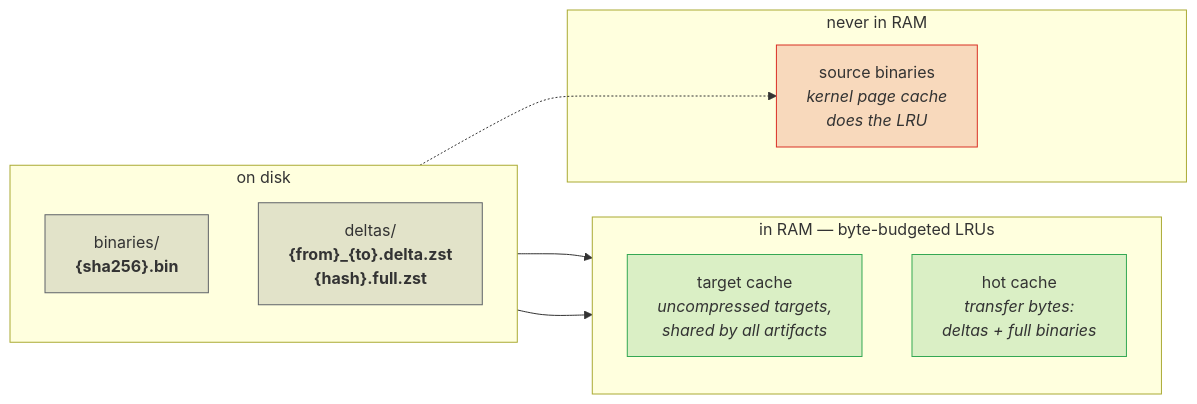
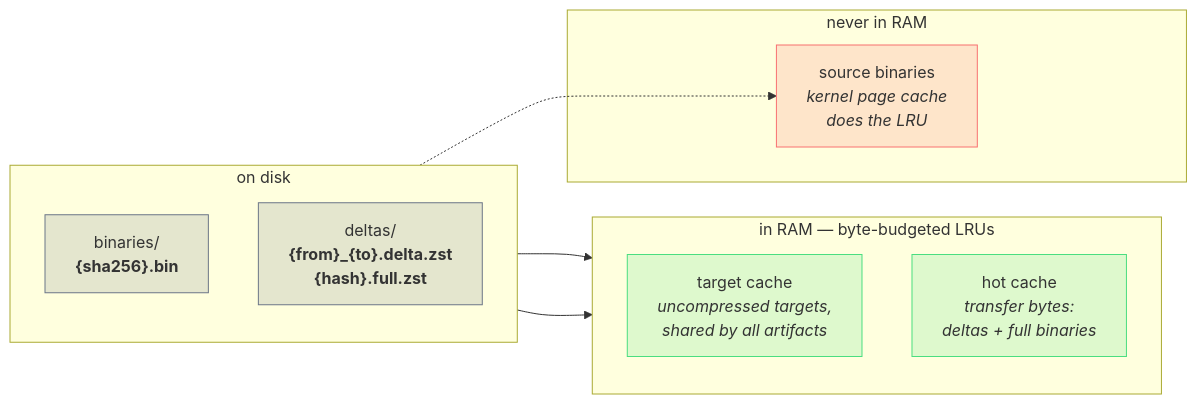
Before and after one commit to carlosprados/ota-updater: the second of 5 diagrams in site/content/architecture/_index.md, drawn with Mermaid. The commit also changed other lines of this file and 17 other files, not shown here.

````diff
--- a/site/content/architecture/_index.md
+++ b/site/content/architecture/_index.md
@@ -52,29 +53,29 @@
 ```mermaid
 flowchart LR
     subgraph DISK["on disk"]
         direction TB
         B1["binaries/<br/><b>{sha256}.bin</b>"]
         D1["deltas/<br/><b>{from}_{to}.delta.zst</b><br/><b>{hash}.full.zst</b>"]
     end
 
     subgraph RAM["in RAM — byte-budgeted LRUs"]
         direction TB
         TC["target cache<br/><i>uncompressed targets,<br/>shared by all artifacts</i>"]
         HC["hot cache<br/><i>transfer bytes:<br/>deltas + full binaries</i>"]
     end
 
     subgraph NEVER["never in RAM"]
         SRC["source binaries<br/><i>kernel page cache<br/>does the LRU</i>"]
     end
 
     B1 --> TC
     D1 --> HC
     B1 -.-> SRC
 
-    classDef disk fill:#5f63682e,stroke:#5f6368
-    classDef ram fill:#34a8532e,stroke:#34a853
-    classDef never fill:#d930252e,stroke:#d93025
+    classDef disk fill:#6b76872e,stroke:#6b7687
+    classDef ram fill:#4ade802e,stroke:#4ade80
+    classDef never fill:#f871712e,stroke:#f87171
     class B1,D1 disk
     class TC,HC ram
     class SRC never
 ```
````
